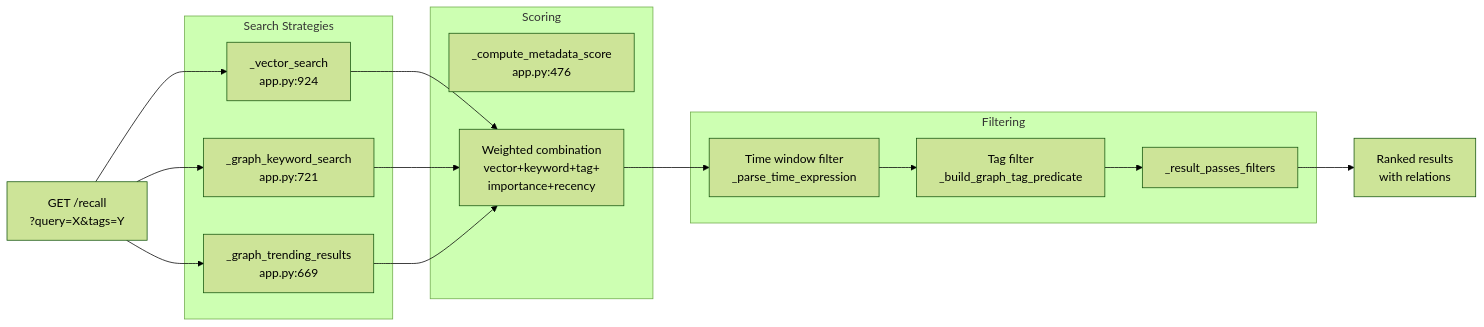
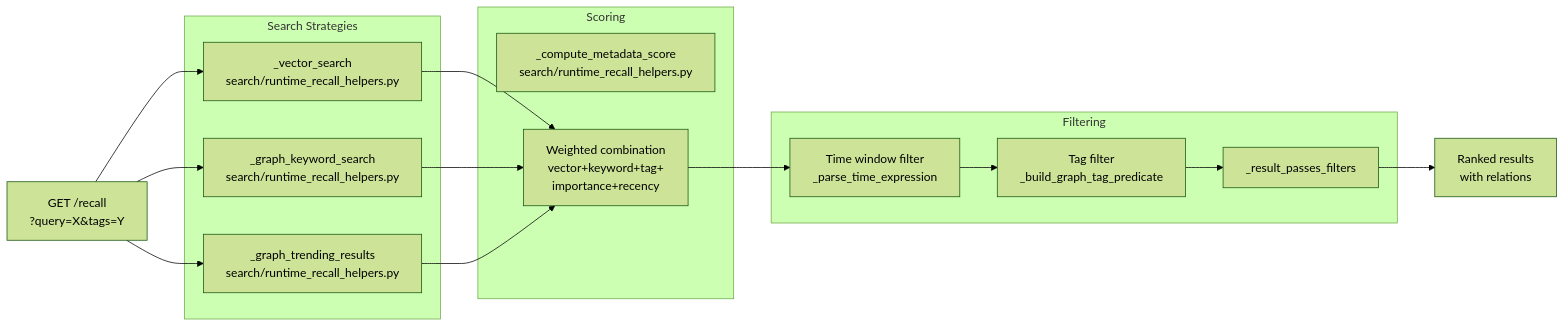
The first of 4 diagrams in src/content/docs/docs/reference/api/recall-operations.md (verygoodplugins/automem-website), drawn with Mermaid (forest theme) before and after one commit. The commit also changed other lines of this file and 15 other files, not shown here.

````diff
--- a/src/content/docs/docs/reference/api/recall-operations.md
+++ b/src/content/docs/docs/reference/api/recall-operations.md
@@ -100,35 +100,35 @@
 ```mermaid
 graph LR
     Request["GET /recall<br/>?query=X&tags=Y"]
 
     subgraph "Search Strategies"
-        Vector["_vector_search<br/>app.py:924"]
-        Keyword["_graph_keyword_search<br/>app.py:721"]
-        Trending["_graph_trending_results<br/>app.py:669"]
+        Vector["_vector_search<br/>search/runtime_recall_helpers.py"]
+        Keyword["_graph_keyword_search<br/>search/runtime_recall_helpers.py"]
+        Trending["_graph_trending_results<br/>search/runtime_recall_helpers.py"]
     end
 
     subgraph "Scoring"
-        Compute["_compute_metadata_score<br/>app.py:476"]
+        Compute["_compute_metadata_score<br/>search/runtime_recall_helpers.py"]
         Combine["Weighted combination<br/>vector+keyword+tag+<br/>importance+recency"]
     end
 
     subgraph "Filtering"
         Time["Time window filter<br/>_parse_time_expression"]
         Tags["Tag filter<br/>_build_graph_tag_predicate"]
         ResultFilter["_result_passes_filters"]
     end
 
     Request --> Vector
     Request --> Keyword
     Request --> Trending
 
     Vector --> Combine
     Keyword --> Combine
     Trending --> Combine
 
     Combine --> Time
     Time --> Tags
     Tags --> ResultFilter
 
     ResultFilter --> Response["Ranked results<br/>with relations"]
 ```
````
